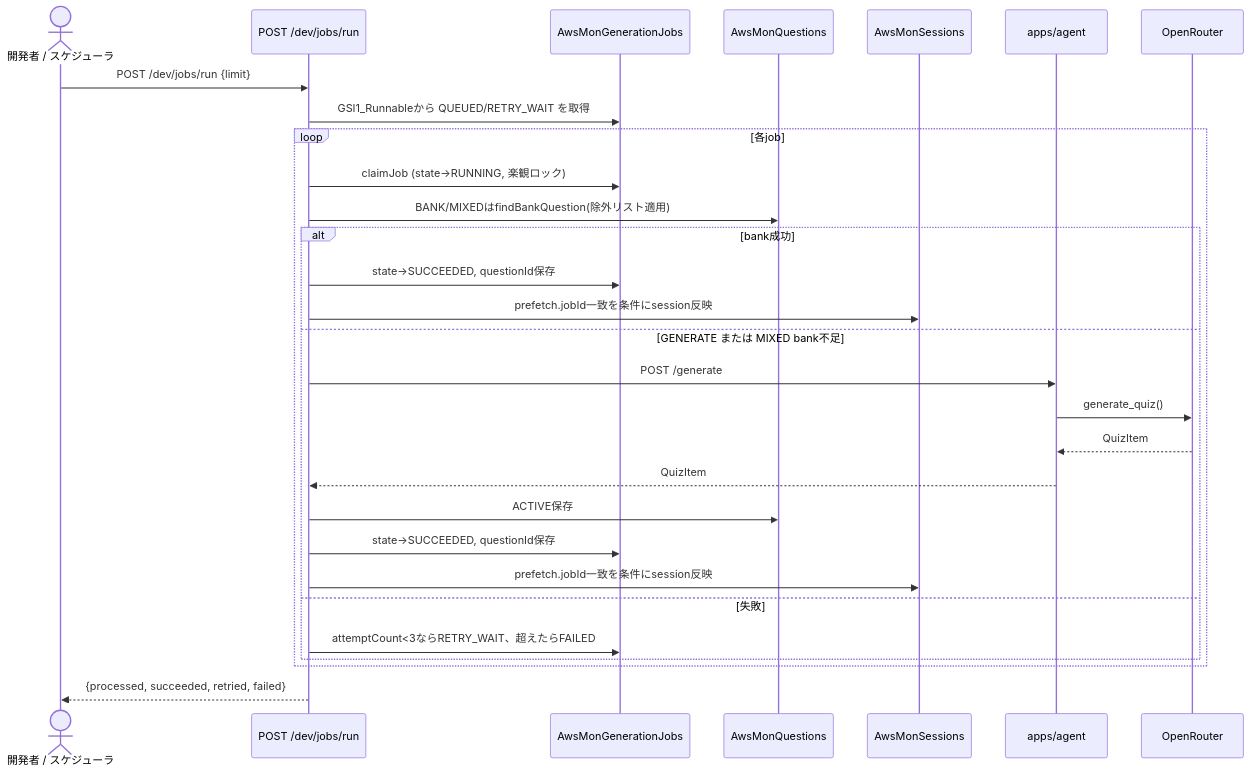
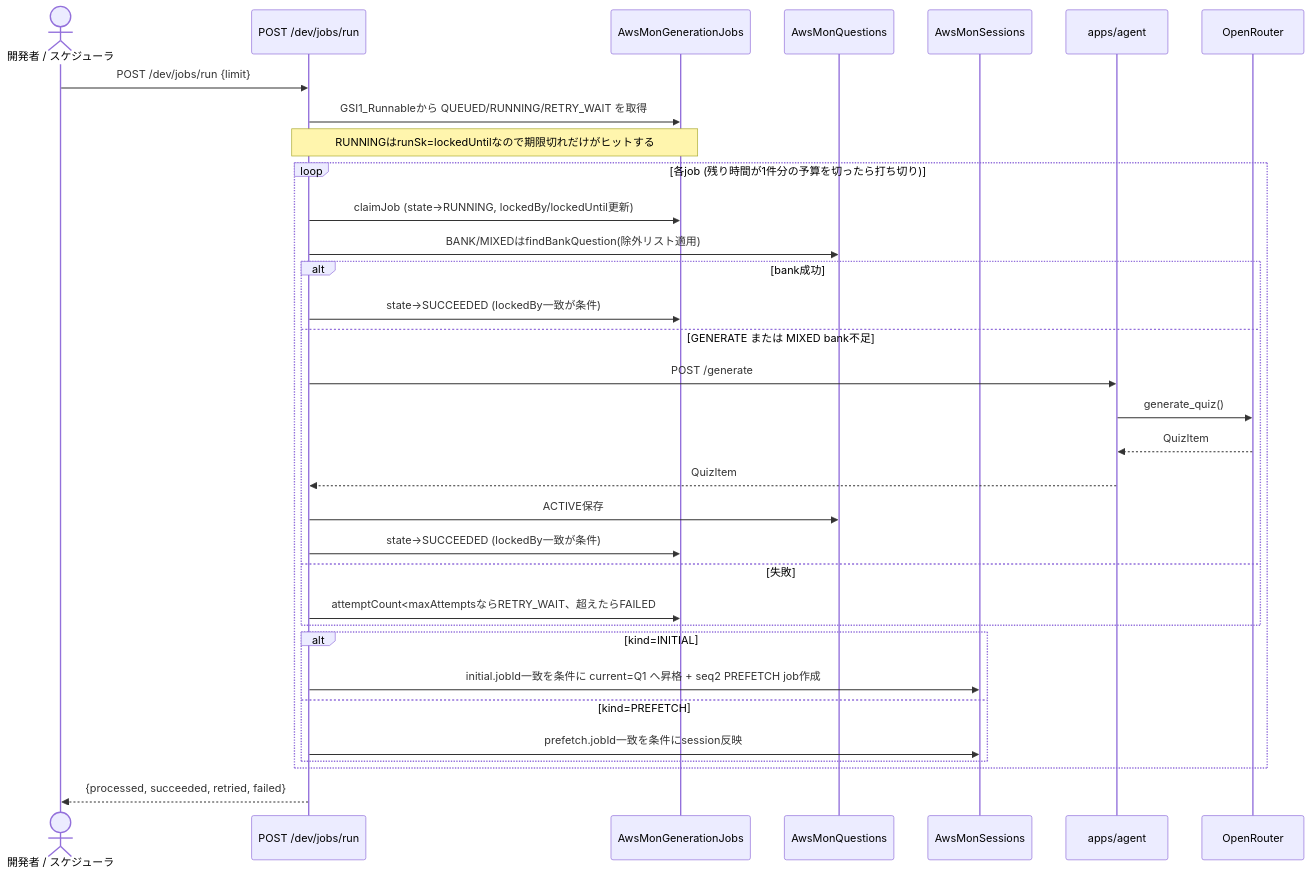
Before and after one commit to yuyumama/AWS-MON: the fourth of 4 diagrams in docs/architecture.md, drawn with Mermaid. The commit also changed other lines of this file and 4 other files, not shown here.

````diff
--- a/docs/architecture.md
+++ b/docs/architecture.md
@@ -149,32 +176,36 @@
 ```mermaid
 sequenceDiagram
     actor Dev as 開発者 / スケジューラ
     participant API as POST /dev/jobs/run
     participant J as AwsMonGenerationJobs
     participant Q as AwsMonQuestions
     participant S as AwsMonSessions
     participant Agent as apps/agent
     participant LLM as OpenRouter
 
     Dev->>API: POST /dev/jobs/run {limit}
-    API->>J: GSI1_Runnableから QUEUED/RETRY_WAIT を取得
-    loop 各job
-        API->>J: claimJob (state→RUNNING, 楽観ロック)
+    API->>J: GSI1_Runnableから QUEUED/RUNNING/RETRY_WAIT を取得
+    Note over API,J: RUNNINGはrunSk=lockedUntilなので期限切れだけがヒットする
+    loop 各job (残り時間が1件分の予算を切ったら打ち切り)
+        API->>J: claimJob (state→RUNNING, lockedBy/lockedUntil更新)
         API->>Q: BANK/MIXEDはfindBankQuestion(除外リスト適用)
         alt bank成功
-            API->>J: state→SUCCEEDED, questionId保存
-            API->>S: prefetch.jobId一致を条件にsession反映
+            API->>J: state→SUCCEEDED (lockedBy一致が条件)
         else GENERATE または MIXED bank不足
             API->>Agent: POST /generate
             Agent->>LLM: generate_quiz()
             LLM-->>Agent: QuizItem
             Agent-->>API: QuizItem
             API->>Q: ACTIVE保存
-            API->>J: state→SUCCEEDED, questionId保存
+            API->>J: state→SUCCEEDED (lockedBy一致が条件)
+        else 失敗
+            API->>J: attemptCount<maxAttemptsならRETRY_WAIT、超えたらFAILED
+        end
+        alt kind=INITIAL
+            API->>S: initial.jobId一致を条件に current=Q1 へ昇格 + seq2 PREFETCH job作成
+        else kind=PREFETCH
             API->>S: prefetch.jobId一致を条件にsession反映
-        else 失敗
-            API->>J: attemptCount<3ならRETRY_WAIT、超えたらFAILED
         end
     end
     API-->>Dev: {processed, succeeded, retried, failed}
 ```
````
